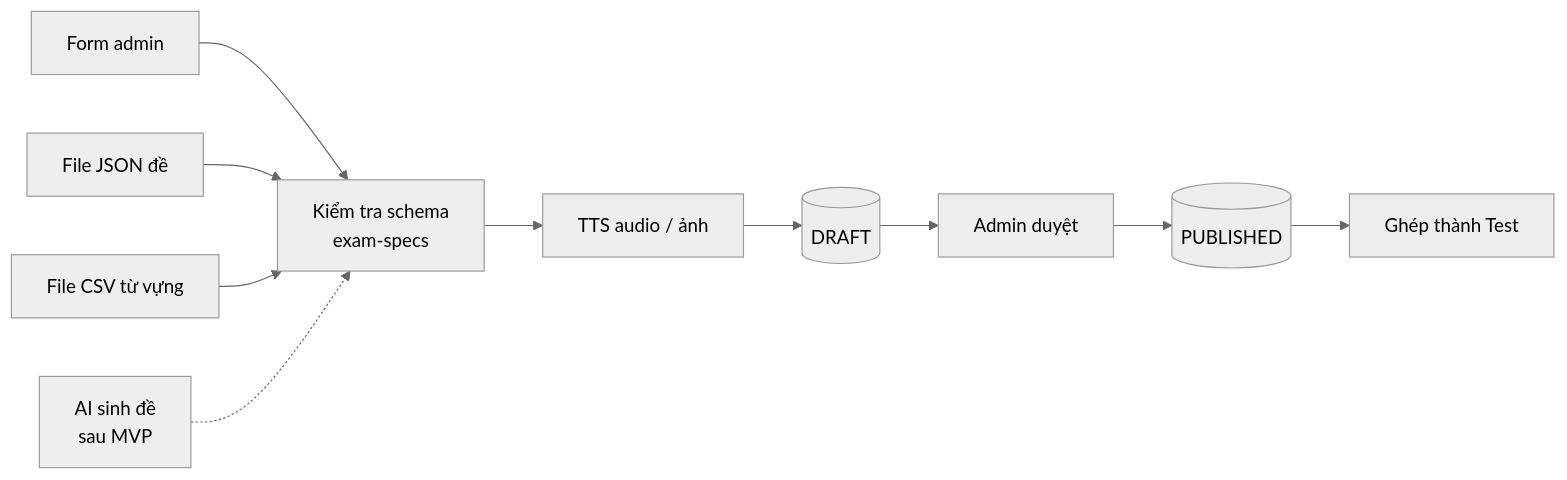
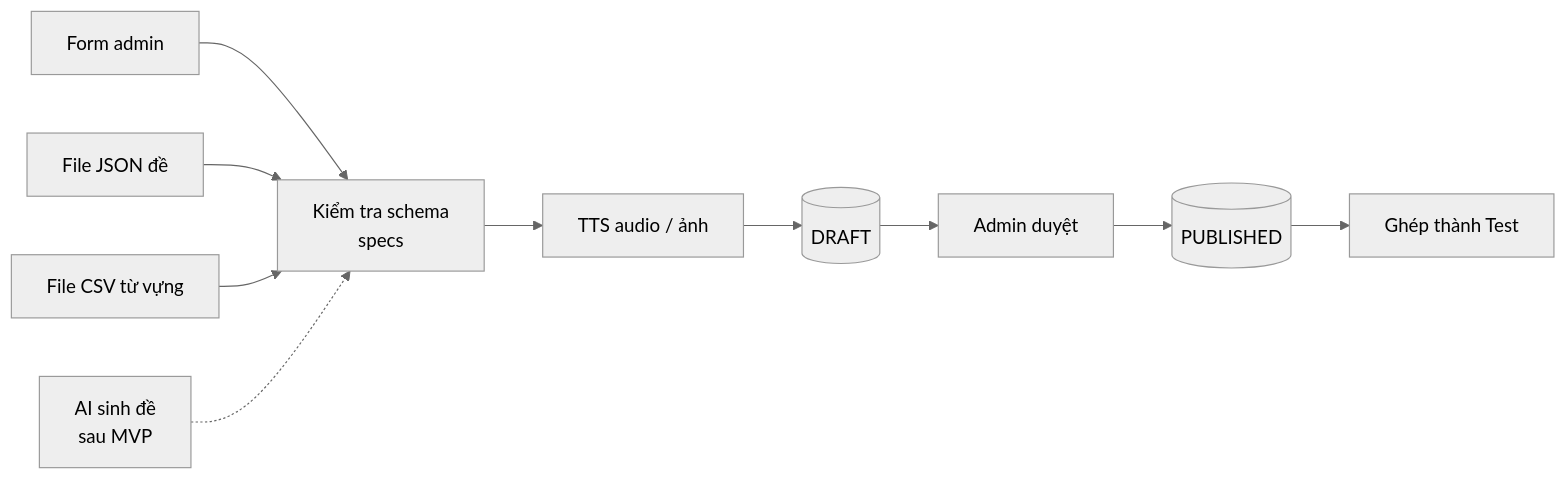
The first of 2 diagrams in docs/product/lingo.md (mwxgh/turbo), drawn with Mermaid (neutral theme) before and after one commit. The commit also changed other lines of this file, not shown here.

Commit message:
docs(lingo): keep exam specs inside the api, not a package

````diff
--- a/docs/product/lingo.md
+++ b/docs/product/lingo.md
@@ -192,12 +192,12 @@
 ```mermaid
 flowchart LR
   A[Form admin] --> V
   B[File JSON đề] --> V
   C[File CSV từ vựng] --> V
   X[AI sinh đề<br/>sau MVP] -.-> V
-  V[Kiểm tra schema<br/>exam-specs] --> M[TTS audio / ảnh]
+  V[Kiểm tra schema<br/>specs] --> M[TTS audio / ảnh]
   M --> F[(DRAFT)]
   F --> G[Admin duyệt]
   G --> H[(PUBLISHED)]
   H --> I[Ghép thành Test]
 ```
````
